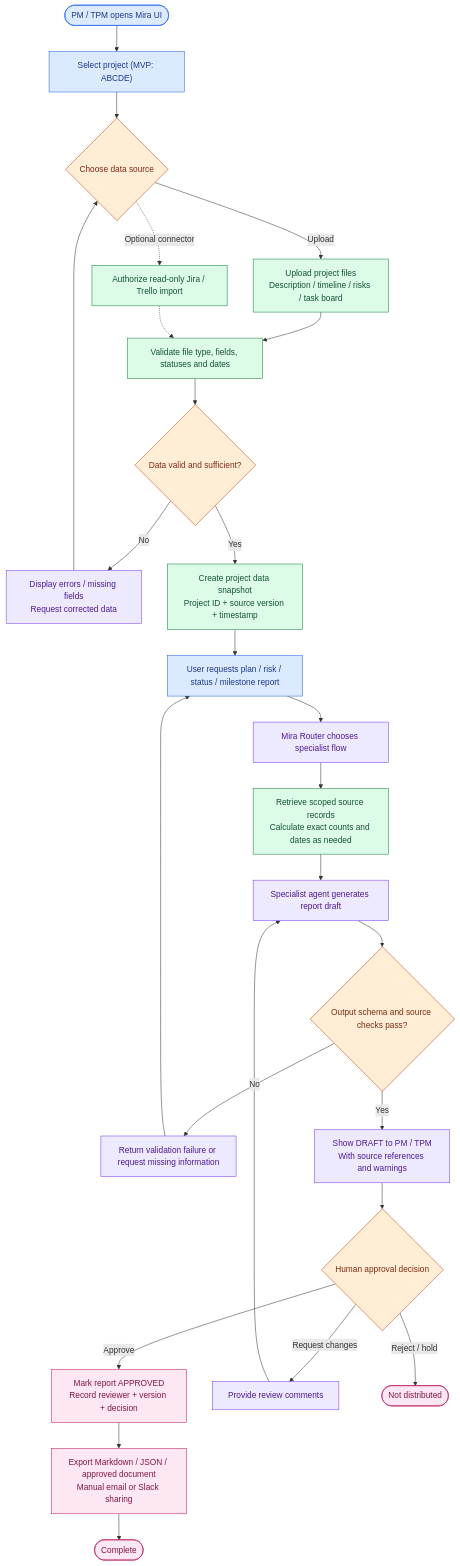
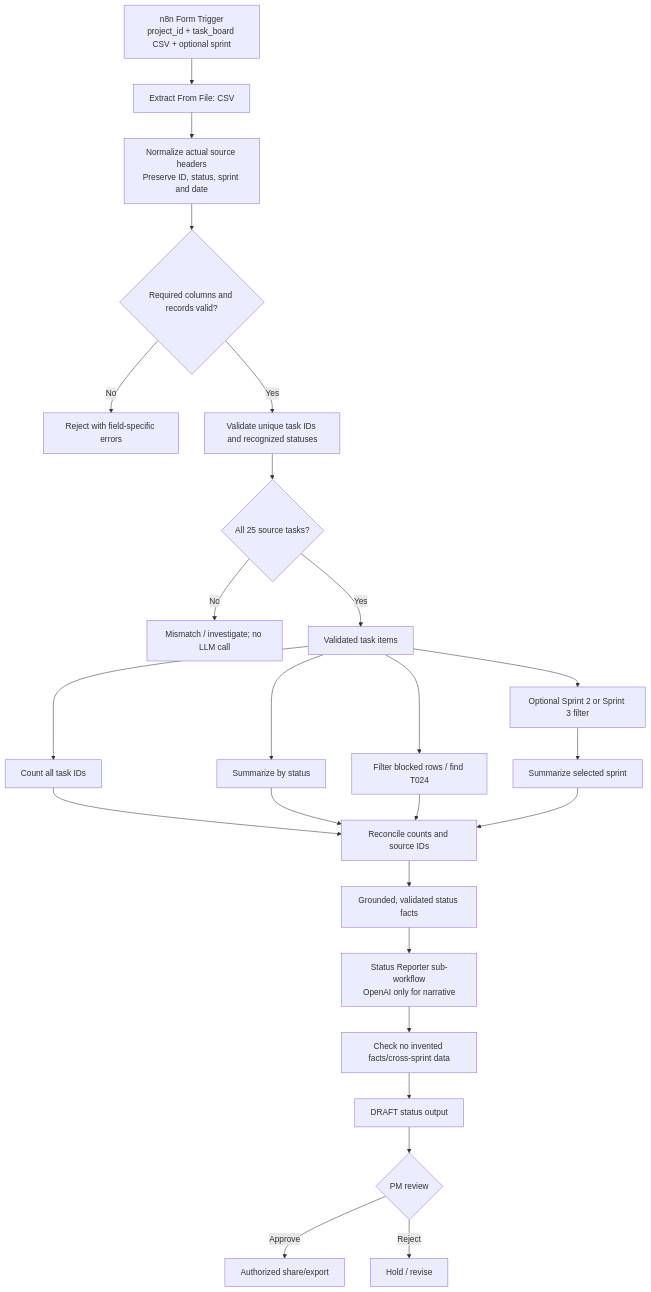
One commit to srinivasallenki99-hue/mira-ai-project-intelligence changed the fourth of 7 diagrams in docs/Mira_Architecture.md. Above: the diagram before and after it, drawn with Mermaid. The commit also changed other lines of this file, not shown here.

````diff
--- a/docs/Mira_Architecture.md
+++ b/docs/Mira_Architecture.md
@@ -165,39 +154,27 @@
 ```mermaid
 flowchart TD
-  START(["PM / TPM opens Mira UI"]) --> PROJECT["Select project (MVP: ABCDE)"]
-  PROJECT --> INPUT{"Choose data source"}
-  INPUT -- "Upload" --> UP["Upload project files<br/>Description / timeline / risks / task board"]
-  INPUT -. "Optional connector" .-> CON["Authorize read-only Jira / Trello import"]
-  UP --> CHECK["Validate file type, fields, statuses and dates"]
-  CON -.-> CHECK
-  CHECK --> GOOD{"Data valid and sufficient?"}
-  GOOD -- "No" --> ERR["Display errors / missing fields<br/>Request corrected data"]
-  ERR --> INPUT
-  GOOD -- "Yes" --> SNAP["Create project data snapshot<br/>Project ID + source version + timestamp"]
-  SNAP --> ASK["User requests plan / risk / status / milestone report"]
-  ASK --> ROUTE["Mira Router chooses specialist flow"]
-  ROUTE --> EVIDENCE["Retrieve scoped source records<br/>Calculate exact counts and dates as needed"]
-  EVIDENCE --> GEN["Specialist agent generates report draft"]
-  GEN --> VERIFY{"Output schema and source checks pass?"}
-  VERIFY -- "No" --> FIX["Return validation failure or request missing information"]
-  FIX --> ASK
-  VERIFY -- "Yes" --> PREVIEW["Show DRAFT to PM / TPM<br/>With source references and warnings"]
-  PREVIEW --> DECIDE{"Human approval decision"}
-  DECIDE -- "Approve" --> APPROVE["Mark report APPROVED<br/>Record reviewer + version + decision"]
-  APPROVE --> EXPORT["Export Markdown / JSON / approved document<br/>Manual email or Slack sharing"]
-  DECIDE -- "Request changes" --> FEEDBACK["Provide review comments"]
-  FEEDBACK --> GEN
-  DECIDE -- "Reject / hold" --> STOP(["Not distributed"])
-  EXPORT --> END(["Complete"])
-
-  classDef entry fill:#dbeafe,stroke:#2563eb,color:#1e3a8a;
-  classDef ingest fill:#dcfce7,stroke:#15803d,color:#14532d;
-  classDef decision fill:#ffedd5,stroke:#c2410c,color:#7c2d12;
-  classDef report fill:#ede9fe,stroke:#7c3aed,color:#4c1d95;
-  classDef final fill:#fce7f3,stroke:#be185d,color:#831843;
-  class START,PROJECT,ASK entry;
-  class UP,CON,CHECK,SNAP,EVIDENCE ingest;
-  class INPUT,GOOD,VERIFY,DECIDE decision;
-  class ROUTE,GEN,PREVIEW,FEEDBACK,FIX,ERR report;
-  class APPROVE,EXPORT,STOP,END final;
+  BEGIN["n8n Form Trigger<br/>project_id + task_board CSV + optional sprint"] --> BIN["Extract From File: CSV"]
+  BIN --> MAP["Normalize actual source headers<br/>Preserve ID, status, sprint and date"]
+  MAP --> CHECK{"Required columns and records valid?"}
+  CHECK -->|No| REJECT["Reject with field-specific errors"]
+  CHECK -->|Yes| UNIQUE["Validate unique task IDs and recognized statuses"]
+  UNIQUE --> OK{"All 25 source tasks?"}
+  OK -->|No| ERR["Mismatch / investigate; no LLM call"]
+  OK -->|Yes| RAW["Validated task items"]
+  RAW --> CT["Count all task IDs"]
+  RAW --> AGG["Summarize by status"]
+  RAW --> BLK["Filter blocked rows / find T024"]
+  RAW --> SPRINT["Optional Sprint 2 or Sprint 3 filter"]
+  SPRINT --> SPRINTCOUNT["Summarize selected sprint"]
+  CT --> RECON["Reconcile counts and source IDs"]
+  AGG --> RECON
+  BLK --> RECON
+  SPRINTCOUNT --> RECON
+  RECON --> FACTS["Grounded, validated status facts"]
+  FACTS --> REPORT["Status Reporter sub-workflow<br/>OpenAI only for narrative"]
+  REPORT --> VALID["Check no invented facts/cross-sprint data"]
+  VALID --> DRAFT["DRAFT status output"]
+  DRAFT --> HUMAN{"PM review"}
+  HUMAN -->|Approve| SHARE["Authorized share/export"]
+  HUMAN -->|Reject| HOLD["Hold / revise"]
 ```
````
